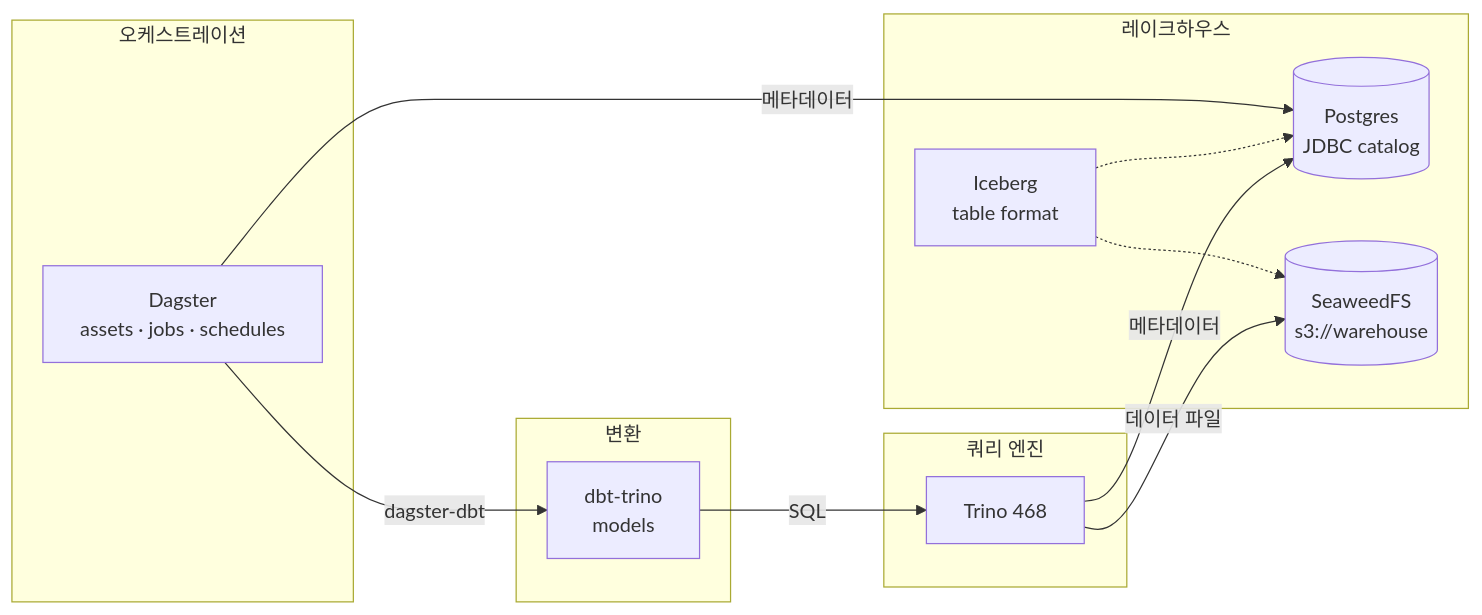
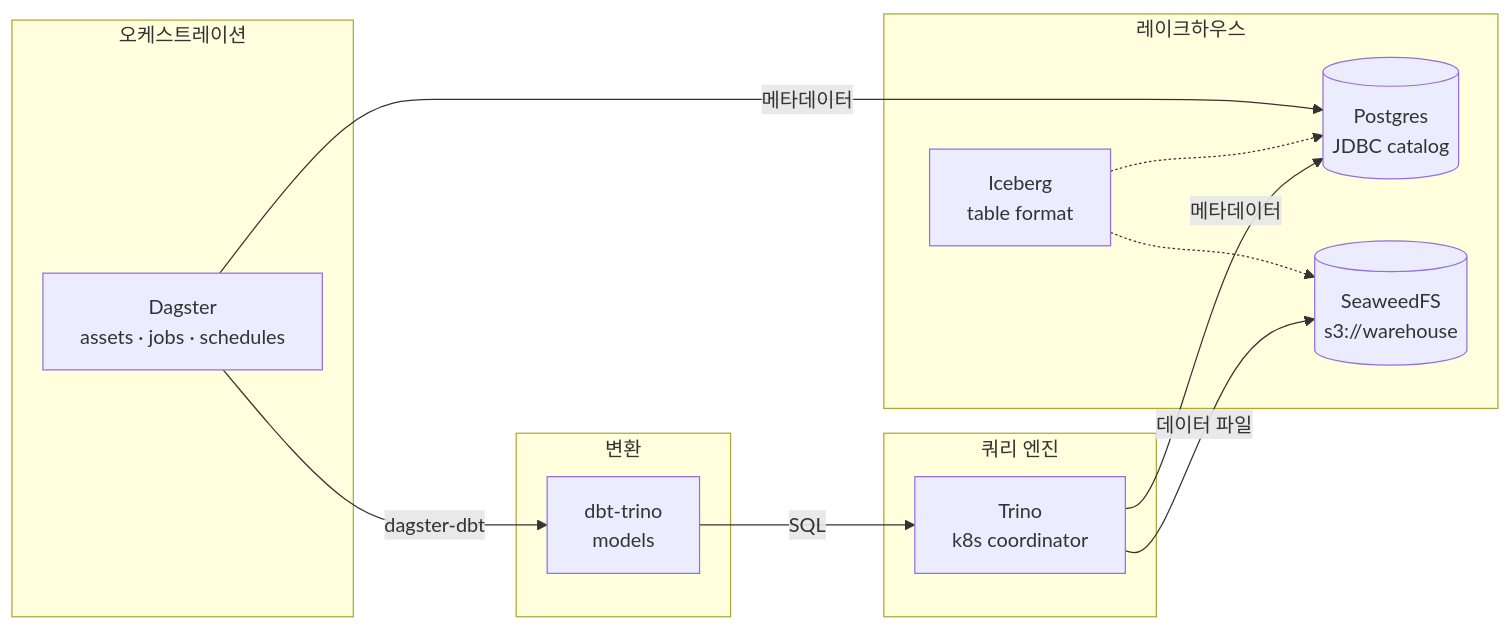
The first of 5 diagrams in docs/architectures/overview.md (Melting-Face/pipeline-study), drawn with Mermaid before and after one commit. The commit also changed other lines of this file and 45 other files, not shown here.

````diff
--- a/docs/architectures/overview.md
+++ b/docs/architectures/overview.md
@@ -45,28 +44,28 @@
 ```mermaid
 flowchart LR
     subgraph orchestration[오케스트레이션]
         DG[Dagster<br/>assets · jobs · schedules]
     end
 
     subgraph transform[변환]
         DBT[dbt-trino<br/>models]
     end
 
     subgraph query[쿼리 엔진]
-        TR[Trino 468]
+        TR[Trino<br/>k8s coordinator]
     end
 
     subgraph lakehouse[레이크하우스]
         ICE[Iceberg<br/>table format]
         CAT[(Postgres<br/>JDBC catalog)]
         S3[(SeaweedFS<br/>s3://warehouse)]
     end
 
     DG -->|dagster-dbt| DBT
     DBT -->|SQL| TR
     TR -->|메타데이터| CAT
     TR -->|데이터 파일| S3
     ICE -.-> CAT
     ICE -.-> S3
     DG -->|메타데이터| CAT
 ```
````
